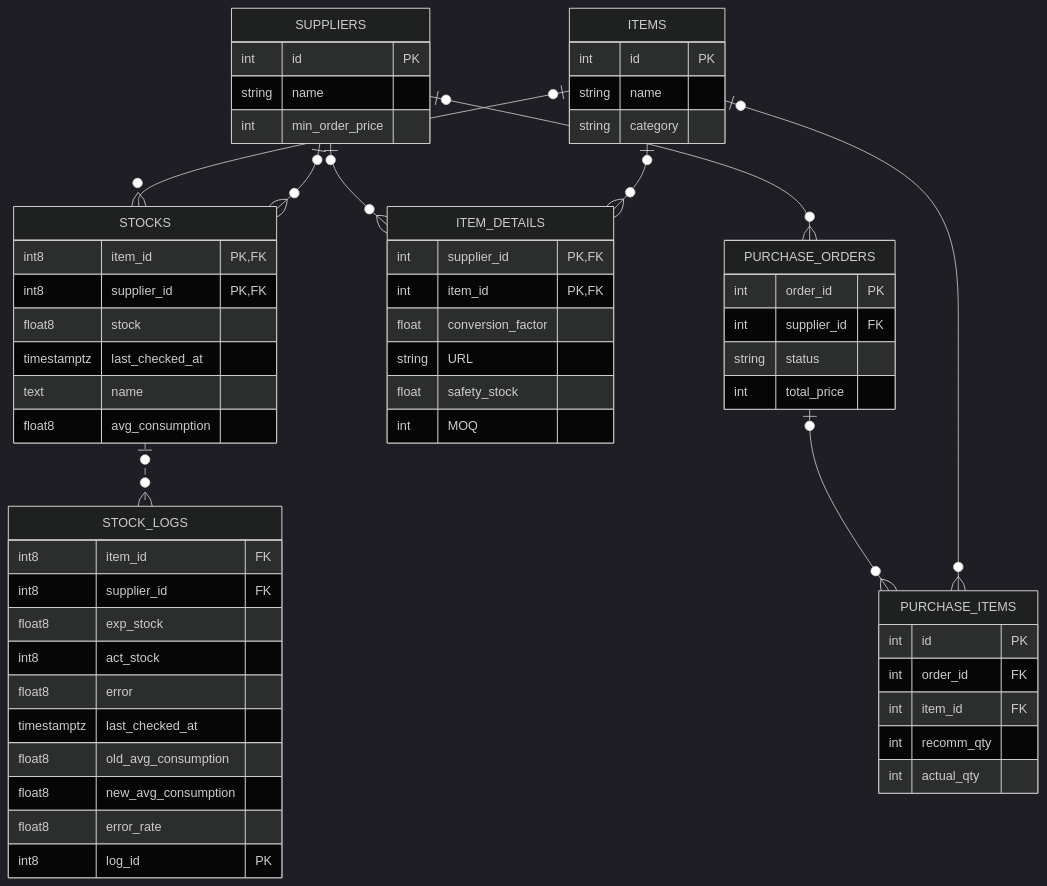
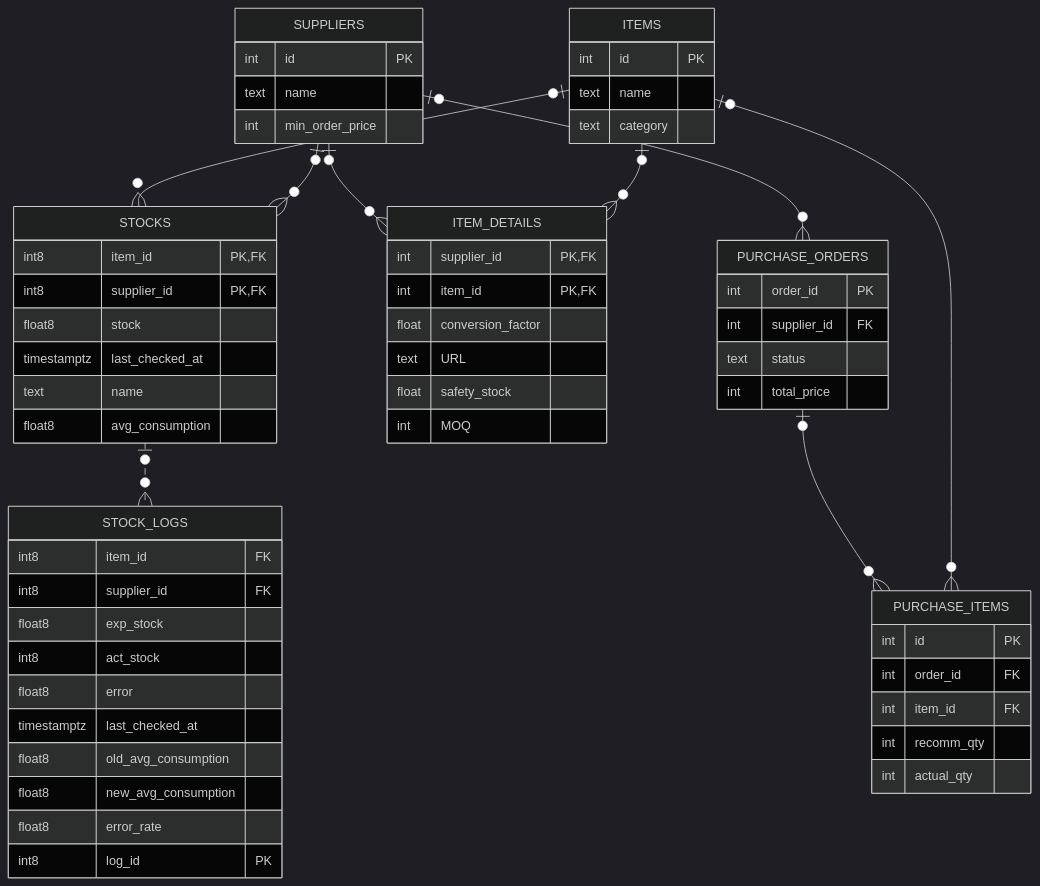
The diagram in README.md (JSHUH0401/Stock-Management-System), drawn with Mermaid (dark theme) before and after one commit.

````diff
--- a/README.md
+++ b/README.md
@@ -28,70 +28,70 @@
 ```mermaid
 erDiagram
     %% [Domain 1: Master Data]
     ITEMS |o--o{ STOCKS : ""
     SUPPLIERS |o--o{ ITEM_DETAILS : ""
     ITEMS |o--o{ ITEM_DETAILS : ""
     SUPPLIERS |o--o{STOCKS : ""
     STOCKS |o..o{ STOCK_LOGS : ""
 
     %% [Domain 3: Transaction]
     PURCHASE_ORDERS |o--o{ PURCHASE_ITEMS : ""
     ITEMS |o--o{ PURCHASE_ITEMS : ""
     SUPPLIERS |o--o{ PURCHASE_ORDERS : ""
     ITEMS {
         int id PK
-        string name
-        string category
+        text name
+        text category
     }
 
     SUPPLIERS {
         int id PK
-        string name
+        text name
         int min_order_price
     }
 
     ITEM_DETAILS {
         int supplier_id PK, FK
         int item_id PK, FK
         float conversion_factor
-        string URL
+        text URL
         float safety_stock
         int MOQ
     }
 
     STOCKS {
         int8 item_id PK, FK
         int8 supplier_id PK, FK
         float8 stock
         timestamptz last_checked_at
         text name
         float8 avg_consumption
     }
 
     STOCK_LOGS {
         int8 item_id FK
         int8 supplier_id FK
         float8 exp_stock
         int8 act_stock
         float8 error
         timestamptz last_checked_at
         float8 old_avg_consumption
         float8 new_avg_consumption
         float8 error_rate
         int8 log_id PK
     }
     PURCHASE_ORDERS {
         int order_id PK
         int supplier_id FK
-        string status
+        text status
         int total_price
     }
 
     PURCHASE_ITEMS {
         int id PK
         int order_id FK
         int item_id FK
         int recomm_qty
         int actual_qty
     }
 ```
````
